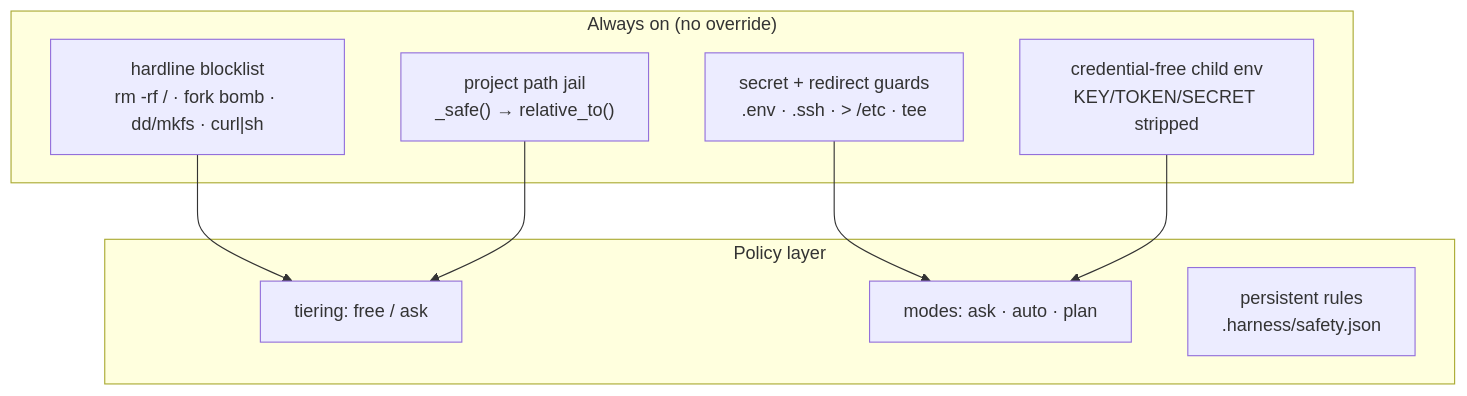
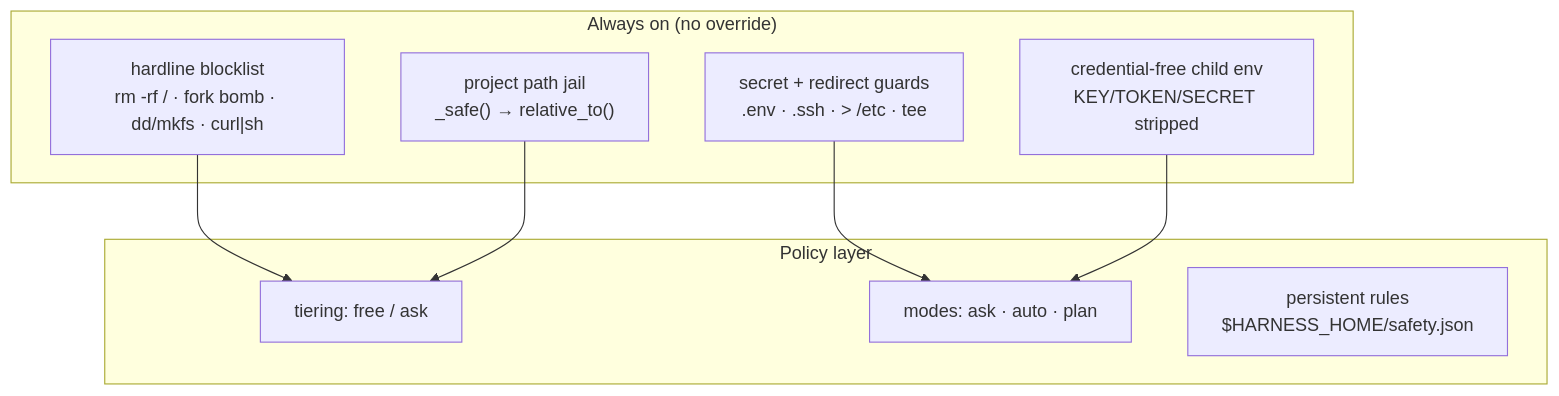
The first of 2 diagrams in docs/phase_4.md (AsishKumarDalal/harness), drawn with Mermaid before and after one commit. The commit also changed other lines of this file and 15 other files, not shown here.

````diff
--- a/docs/phase_4.md
+++ b/docs/phase_4.md
@@ -21,18 +21,18 @@
 ```mermaid
 flowchart TD
     subgraph floor ["Always on (no override)"]
         H1["hardline blocklist<br/>rm -rf / · fork bomb · dd/mkfs · curl|sh"]
         H2["project path jail<br/>_safe() → relative_to()"]
         H3["secret + redirect guards<br/>.env · .ssh · > /etc · tee"]
         H4["credential-free child env<br/>KEY/TOKEN/SECRET stripped"]
     end
     subgraph policy ["Policy layer"]
         P1["tiering: free / ask"]
         P2["modes: ask · auto · plan"]
-        P3["persistent rules<br/>.harness/safety.json"]
+        P3["persistent rules<br/>$HARNESS_HOME/safety.json"]
     end
     H1 --> P1
     H2 --> P1
     H3 --> P2
     H4 --> P2
 ```
````
